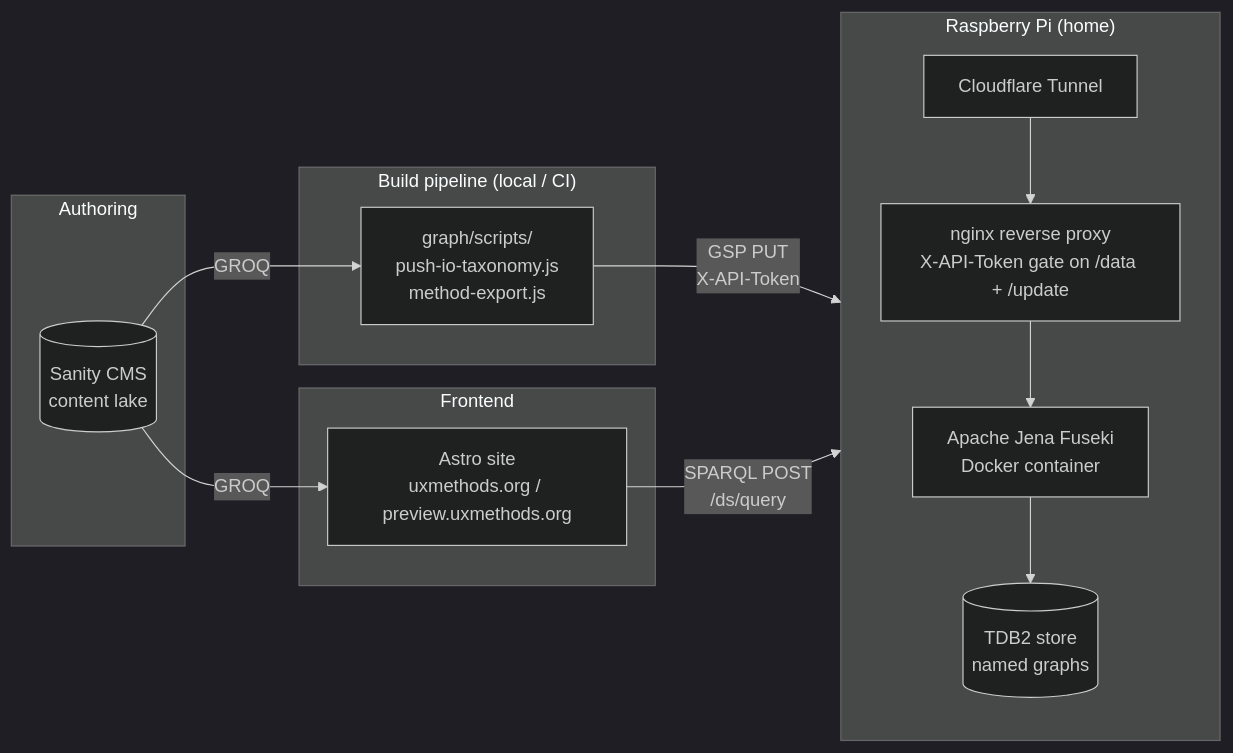
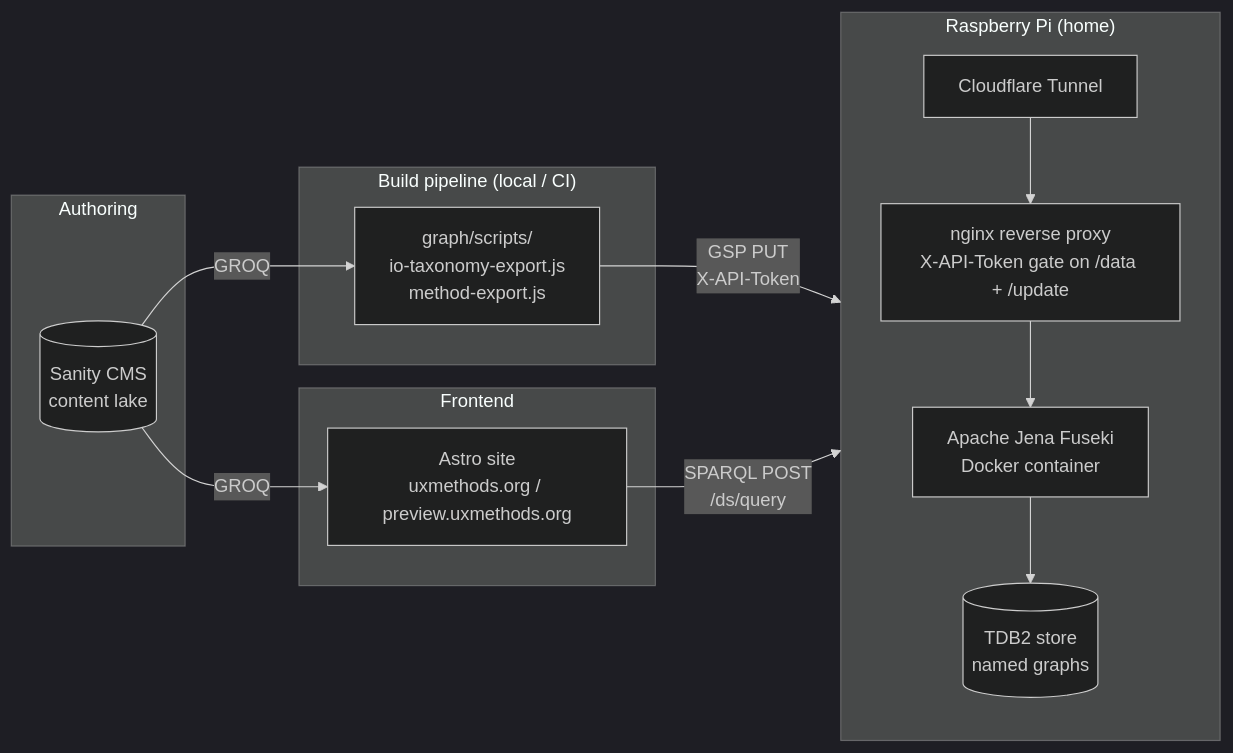
Before and after one commit to andybywire/ux-methods: the diagram in graph/INFRASTRUCTURE.md, drawn with Mermaid (dark theme). The commit also changed other lines of this file and 8 other files, not shown here.

Commit message:
Add write to Fuseki for method export

````diff
--- a/graph/INFRASTRUCTURE.md
+++ b/graph/INFRASTRUCTURE.md
@@ -7,28 +7,28 @@
 ```mermaid
 flowchart LR
   subgraph Authoring
     Sanity[(Sanity CMS<br/>content lake)]
   end
 
   subgraph Build["Build pipeline (local / CI)"]
-    Exporters["graph/scripts/<br/>push-io-taxonomy.js<br/>method-export.js"]
+    Exporters["graph/scripts/<br/>io-taxonomy-export.js<br/>method-export.js"]
   end
 
   subgraph Pi["Raspberry Pi (home)"]
     direction TB
     CF[Cloudflare Tunnel]
     Nginx["nginx reverse proxy<br/>X-API-Token gate on /data + /update"]
     Docker["Apache Jena Fuseki<br/>Docker container"]
     TDB2[("TDB2 store<br/>named graphs")]
     CF --> Nginx --> Docker --> TDB2
   end
 
   subgraph Site["Frontend"]
     Astro["Astro site<br/>uxmethods.org / preview.uxmethods.org"]
   end
 
   Sanity -->|GROQ| Exporters
   Exporters -->|GSP PUT<br/>X-API-Token| CF
   Sanity -->|GROQ| Astro
   Astro -->|SPARQL POST<br/>/ds/query| CF
 ```
````
